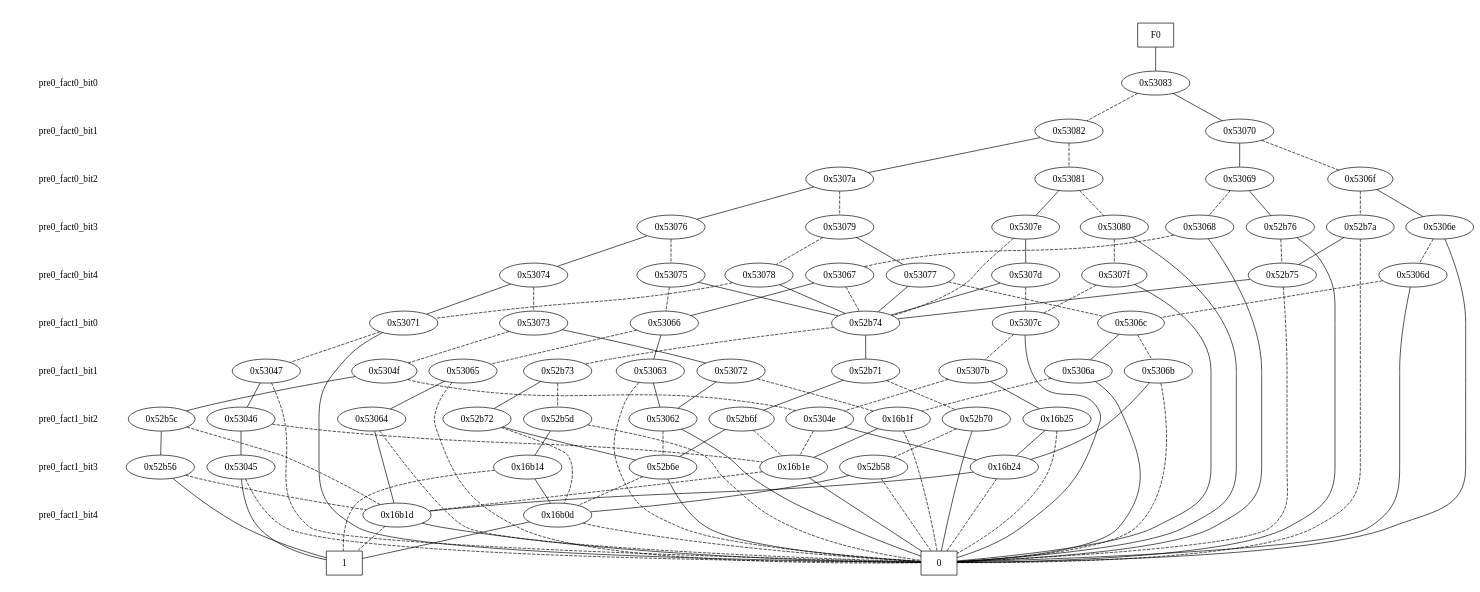
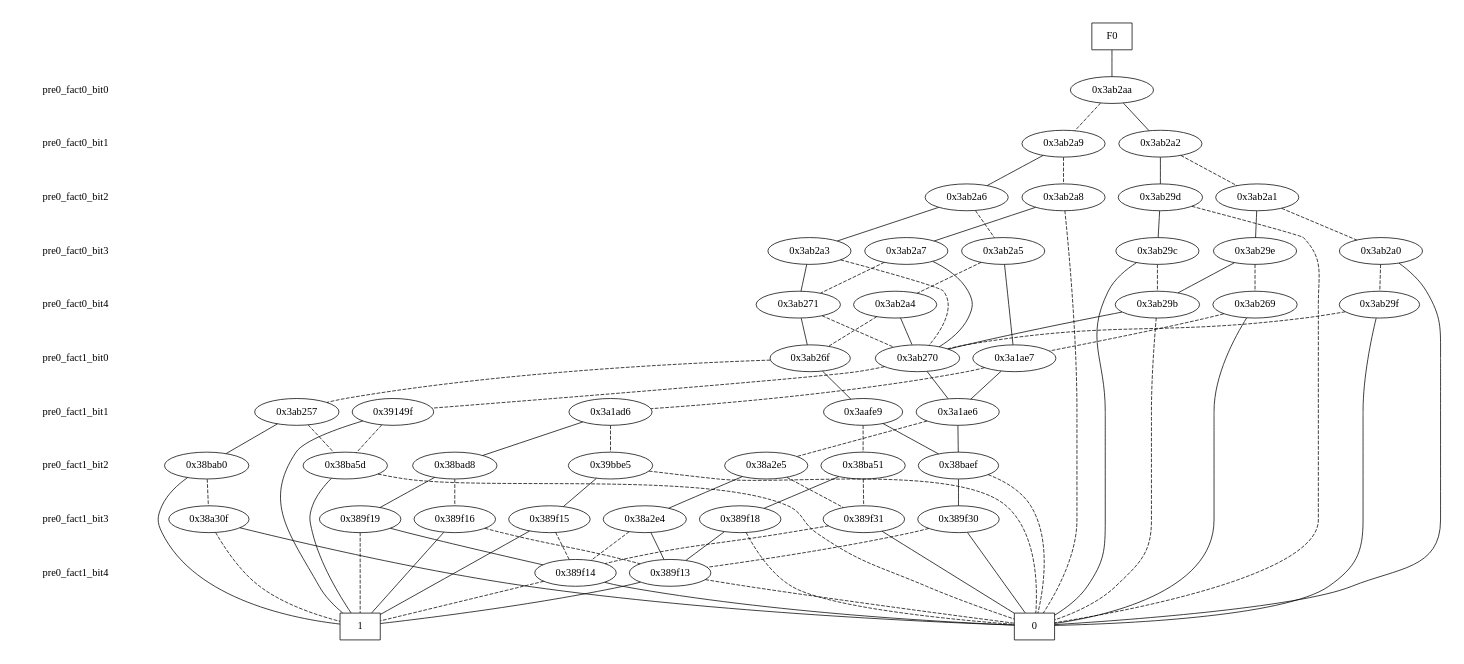
The diagram in current_state1.dot (galvusdamor/downward-hm), drawn with Graphviz before and after one commit. The commit also changed 30 other files, not shown here.

```diff
--- a/current_state1.dot
+++ b/current_state1.dot
@@ -10,211 +10,160 @@
 { rank = same; node [shape = box]; edge [style = invis];
 "F0"; }
 { rank = same; " pre0_fact0_bit0 ";
-"0x53083";
+"0x3ab2aa";
 }
 { rank = same; " pre0_fact0_bit1 ";
-"0x53082";
-"0x53070";
+"0x3ab2a2";
+"0x3ab2a9";
 }
 { rank = same; " pre0_fact0_bit2 ";
-"0x53081";
-"0x5306f";
-"0x53069";
-"0x5307a";
+"0x3ab2a6";
+"0x3ab2a8";
+"0x3ab2a1";
+"0x3ab29d";
 }
 { rank = same; " pre0_fact0_bit3 ";
-"0x53079";
-"0x52b7a";
-"0x53080";
-"0x52b76";
-"0x5307e";
-"0x53068";
-"0x53076";
-"0x5306e";
+"0x3ab29e";
+"0x3ab2a3";
+"0x3ab2a5";
+"0x3ab29c";
+"0x3ab2a0";
+"0x3ab2a7";
 }
 { rank = same; " pre0_fact0_bit4 ";
-"0x53074";
-"0x53075";
-"0x5307f";
-"0x53077";
-"0x53078";
-"0x5306d";
-"0x52b75";
-"0x5307d";
-"0x53067";
+"0x3ab269";
+"0x3ab29f";
+"0x3ab271";
+"0x3ab29b";
+"0x3ab2a4";
 }
 { rank = same; " pre0_fact1_bit0 ";
-"0x5307c";
-"0x5306c";
-"0x53073";
-"0x52b74";
-"0x53066";
-"0x53071";
+"0x3ab26f";
+"0x3a1ae7";
+"0x3ab270";
 }
 { rank = same; " pre0_fact1_bit1 ";
-"0x5306a";
-"0x52b73";
-"0x5304f";
-"0x52b71";
-"0x5306b";
-"0x53047";
-"0x5307b";
-"0x53063";
-"0x53065";
-"0x53072";
+"0x3ab257";
+"0x3a1ae6";
+"0x3aafe9";
+"0x39149f";
+"0x3a1ad6";
 }
 { rank = same; " pre0_fact1_bit2 ";
-"0x53062";
-"0x53046";
-"0x52b72";
-"0x52b5d";
-"0x16b1f";
-"0x16b25";
-"0x52b70";
-"0x5304e";
-"0x52b5c";
-"0x52b6f";
-"0x53064";
+"0x38ba51";
+"0x39bbe5";
+"0x38bab0";
+"0x38a2e5";
+"0x38ba5d";
+"0x38baef";
+"0x38bad8";
 }
 { rank = same; " pre0_fact1_bit3 ";
-"0x16b1e";
-"0x53045";
-"0x52b6e";
-"0x52b56";
-"0x16b14";
-"0x52b58";
-"0x16b24";
+"0x389f16";
+"0x38a30f";
+"0x389f15";
+"0x389f18";
+"0x389f30";
+"0x389f31";
+"0x389f19";
+"0x38a2e4";
 }
 { rank = same; " pre0_fact1_bit4 ";
-"0x16b1d";
-"0x16b0d";
+"0x389f14";
+"0x389f13";
 }
 { rank = same; "CONST NODES";
-{ node [shape = box]; "0x16a9c";
-"0x16a9b";
+{ node [shape = box]; "0x36e91c";
+"0x36e91b";
 }
 }
-"F0" -> "0x53083" [style = solid];
-"0x53083" -> "0x53070";
-"0x53083" -> "0x53082" [style = dashed];
-"0x53082" -> "0x5307a";
-"0x53082" -> "0x53081" [style = dashed];
-"0x53070" -> "0x53069";
-"0x53070" -> "0x5306f" [style = dashed];
-"0x53081" -> "0x5307e";
-"0x53081" -> "0x53080" [style = dashed];
-"0x5306f" -> "0x5306e";
-"0x5306f" -> "0x52b7a" [style = dashed];
-"0x53069" -> "0x52b76";
-"0x53069" -> "0x53068" [style = dashed];
-"0x5307a" -> "0x53076";
-"0x5307a" -> "0x53079" [style = dashed];
-"0x53079" -> "0x53077";
-"0x53079" -> "0x53078" [style = dashed];
-"0x52b7a" -> "0x52b75";
-"0x52b7a" -> "0x16a9c" [style = dashed];
-"0x53080" -> "0x16a9c";
-"0x53080" -> "0x5307f" [style = dashed];
-"0x52b76" -> "0x16a9c";
-"0x52b76" -> "0x52b75" [style = dashed];
-"0x5307e" -> "0x5307d";
-"0x5307e" -> "0x52b74" [style = dashed];
-"0x53068" -> "0x16a9c";
-"0x53068" -> "0x53067" [style = dashed];
-"0x53076" -> "0x53074";
-"0x53076" -> "0x53075" [style = dashed];
-"0x5306e" -> "0x16a9c";
-"0x5306e" -> "0x5306d" [style = dashed];
-"0x53074" -> "0x53071";
-"0x53074" -> "0x53073" [style = dashed];
-"0x53075" -> "0x52b74";
-"0x53075" -> "0x53066" [style = dashed];
-"0x5307f" -> "0x16a9c";
-"0x5307f" -> "0x5307c" [style = dashed];
-"0x53077" -> "0x52b74";
-"0x53077" -> "0x5306c" [style = dashed];
-"0x53078" -> "0x52b74";
-"0x53078" -> "0x53071" [style = dashed];
-"0x5306d" -> "0x16a9c";
-"0x5306d" -> "0x5306c" [style = dashed];
-"0x52b75" -> "0x52b74";
-"0x52b75" -> "0x16a9c" [style = dashed];
-"0x5307d" -> "0x52b74";
-"0x5307d" -> "0x5307c" [style = dashed];
-"0x53067" -> "0x53066";
-"0x53067" -> "0x52b74" [style = dashed];
-"0x5307c" -> "0x16a9c";
-"0x5307c" -> "0x5307b" [style = dashed];
-"0x5306c" -> "0x5306a";
-"0x5306c" -> "0x5306b" [style = dashed];
-"0x53073" -> "0x53072";
-"0x53073" -> "0x5304f" [style = dashed];
-"0x52b74" -> "0x52b71";
-"0x52b74" -> "0x52b73" [style = dashed];
-"0x53066" -> "0x53063";
-"0x53066" -> "0x53065" [style = dashed];
-"0x53071" -> "0x16a9c";
-"0x53071" -> "0x53047" [style = dashed];
-"0x5306a" -> "0x16a9c";
-"0x5306a" -> "0x16b1f" [style = dashed];
-"0x52b73" -> "0x52b72";
-"0x52b73" -> "0x52b5d" [style = dashed];
-"0x5304f" -> "0x52b5c";
-"0x5304f" -> "0x5304e" [style = dashed];
-"0x52b71" -> "0x52b6f";
-"0x52b71" -> "0x52b70" [style = dashed];
-"0x5306b" -> "0x16b24";
-"0x5306b" -> "0x16a9c" [style = dashed];
-"0x53047" -> "0x53046";
-"0x53047" -> "0x16a9c" [style = dashed];
-"0x5307b" -> "0x16b25";
-"0x5307b" -> "0x5304e" [style = dashed];
-"0x53063" -> "0x53062";
-"0x53063" -> "0x16a9c" [style = dashed];
-"0x53065" -> "0x53064";
-"0x53065" -> "0x16a9c" [style = dashed];
-"0x53072" -> "0x53062";
-"0x53072" -> "0x16b1f" [style = dashed];
-"0x53062" -> "0x16a9c";
-"0x53062" -> "0x52b6e" [style = dashed];
-"0x53046" -> "0x53045";
-"0x53046" -> "0x16b1e" [style = dashed];
-"0x52b72" -> "0x52b6e";
-"0x52b72" -> "0x16b0d" [style = dashed];
-"0x52b5d" -> "0x16b14";
-"0x52b5d" -> "0x16a9c" [style = dashed];
-"0x16b1f" -> "0x16b1e";
-"0x16b1f" -> "0x16a9c" [style = dashed];
-"0x16b25" -> "0x16b24";
-"0x16b25" -> "0x16a9c" [style = dashed];
-"0x52b70" -> "0x16a9c";
-"0x52b70" -> "0x52b58" [style = dashed];
-"0x5304e" -> "0x16b24";
-"0x5304e" -> "0x16b1e" [style = dashed];
-"0x52b5c" -> "0x52b56";
-"0x52b5c" -> "0x16b1d" [style = dashed];
-"0x52b6f" -> "0x52b6e";
-"0x52b6f" -> "0x16b1e" [style = dashed];
-"0x53064" -> "0x16b1d";
-"0x53064" -> "0x16a9c" [style = dashed];
-"0x16b1e" -> "0x16a9c";
-"0x16b1e" -> "0x16b1d" [style = dashed];
-"0x53045" -> "0x16a9b";
-"0x53045" -> "0x16a9c" [style = dashed];
-"0x52b6e" -> "0x16a9c";
-"0x52b6e" -> "0x16b0d" [style = dashed];
-"0x52b56" -> "0x16a9b";
-"0x52b56" -> "0x16b1d" [style = dashed];
-"0x16b14" -> "0x16b0d";
-"0x16b14" -> "0x16a9b" [style = dashed];
-"0x52b58" -> "0x16b0d";
-"0x52b58" -> "0x16a9c" [style = dashed];
-"0x16b24" -> "0x16b1d";
-"0x16b24" -> "0x16a9c" [style = dashed];
-"0x16b1d" -> "0x16a9c";
-"0x16b1d" -> "0x16a9b" [style = dashed];
-"0x16b0d" -> "0x16a9b";
-"0x16b0d" -> "0x16a9c" [style = dashed];
-"0x16a9c" [label = "0"];
-"0x16a9b" [label = "1"];
+"F0" -> "0x3ab2aa" [style = solid];
+"0x3ab2aa" -> "0x3ab2a2";
+"0x3ab2aa" -> "0x3ab2a9" [style = dashed];
+"0x3ab2a2" -> "0x3ab29d";
+"0x3ab2a2" -> "0x3ab2a1" [style = dashed];
+"0x3ab2a9" -> "0x3ab2a6";
+"0x3ab2a9" -> "0x3ab2a8" [style = dashed];
+"0x3ab2a6" -> "0x3ab2a3";
+"0x3ab2a6" -> "0x3ab2a5" [style = dashed];
+"0x3ab2a8" -> "0x3ab2a7";
+"0x3ab2a8" -> "0x36e91c" [style = dashed];
+"0x3ab2a1" -> "0x3ab29e";
+"0x3ab2a1" -> "0x3ab2a0" [style = dashed];
+"0x3ab29d" -> "0x3ab29c";
+"0x3ab29d" -> "0x36e91c" [style = dashed];
+"0x3ab29e" -> "0x3ab29b";
+"0x3ab29e" -> "0x3ab269" [style = dashed];
+"0x3ab2a3" -> "0x3ab271";
+"0x3ab2a3" -> "0x3ab270" [style = dashed];
+"0x3ab2a5" -> "0x3a1ae7";
+"0x3ab2a5" -> "0x3ab2a4" [style = dashed];
+"0x3ab29c" -> "0x36e91c";
+"0x3ab29c" -> "0x3ab29b" [style = dashed];
+"0x3ab2a0" -> "0x36e91c";
+"0x3ab2a0" -> "0x3ab29f" [style = dashed];
+"0x3ab2a7" -> "0x3ab270";
+"0x3ab2a7" -> "0x3ab271" [style = dashed];
+"0x3ab269" -> "0x36e91c";
+"0x3ab269" -> "0x3a1ae7" [style = dashed];
+"0x3ab29f" -> "0x36e91c";
+"0x3ab29f" -> "0x3ab270" [style = dashed];
+"0x3ab271" -> "0x3ab26f";
+"0x3ab271" -> "0x3ab270" [style = dashed];
+"0x3ab29b" -> "0x3ab270";
+"0x3ab29b" -> "0x36e91c" [style = dashed];
+"0x3ab2a4" -> "0x3ab270";
+"0x3ab2a4" -> "0x3ab26f" [style = dashed];
+"0x3ab26f" -> "0x3aafe9";
+"0x3ab26f" -> "0x3ab257" [style = dashed];
+"0x3a1ae7" -> "0x3a1ae6";
+"0x3a1ae7" -> "0x3a1ad6" [style = dashed];
+"0x3ab270" -> "0x3a1ae6";
+"0x3ab270" -> "0x39149f" [style = dashed];
+"0x3ab257" -> "0x38bab0";
+"0x3ab257" -> "0x38ba5d" [style = dashed];
+"0x3a1ae6" -> "0x38baef";
+"0x3a1ae6" -> "0x38a2e5" [style = dashed];
+"0x3aafe9" -> "0x38baef";
+"0x3aafe9" -> "0x38ba51" [style = dashed];
+"0x39149f" -> "0x36e91b";
+"0x39149f" -> "0x38ba5d" [style = dashed];
+"0x3a1ad6" -> "0x38bad8";
+"0x3a1ad6" -> "0x39bbe5" [style = dashed];
+"0x38ba51" -> "0x389f18";
+"0x38ba51" -> "0x389f31" [style = dashed];
+"0x39bbe5" -> "0x389f15";
+"0x39bbe5" -> "0x36e91c" [style = dashed];
+"0x38bab0" -> "0x36e91b";
+"0x38bab0" -> "0x38a30f" [style = dashed];
+"0x38a2e5" -> "0x38a2e4";
+"0x38a2e5" -> "0x389f31" [style = dashed];
+"0x38ba5d" -> "0x36e91b";
+"0x38ba5d" -> "0x36e91c" [style = dashed];
+"0x38baef" -> "0x389f30";
+"0x38baef" -> "0x36e91c" [style = dashed];
+"0x38bad8" -> "0x389f19";
+"0x38bad8" -> "0x389f16" [style = dashed];
+"0x389f16" -> "0x36e91b";
+"0x389f16" -> "0x389f13" [style = dashed];
+"0x38a30f" -> "0x36e91c";
+"0x38a30f" -> "0x36e91b" [style = dashed];
+"0x389f15" -> "0x36e91b";
+"0x389f15" -> "0x389f14" [style = dashed];
+"0x389f18" -> "0x389f13";
+"0x389f18" -> "0x36e91c" [style = dashed];
+"0x389f30" -> "0x36e91c";
+"0x389f30" -> "0x389f13" [style = dashed];
+"0x389f31" -> "0x36e91c";
+"0x389f31" -> "0x389f14" [style = dashed];
+"0x389f19" -> "0x389f14";
+"0x389f19" -> "0x36e91b" [style = dashed];
+"0x38a2e4" -> "0x389f13";
+"0x38a2e4" -> "0x389f14" [style = dashed];
+"0x389f14" -> "0x36e91c";
+"0x389f14" -> "0x36e91b" [style = dashed];
+"0x389f13" -> "0x36e91b";
+"0x389f13" -> "0x36e91c" [style = dashed];
+"0x36e91c" [label = "0"];
+"0x36e91b" [label = "1"];
 }
```
